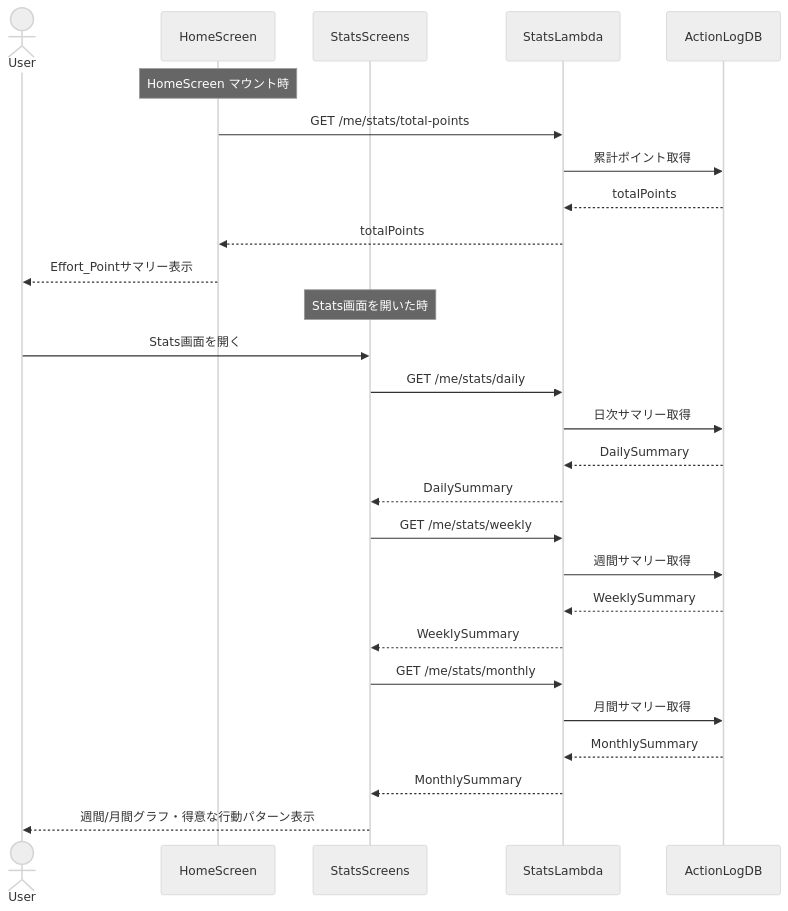
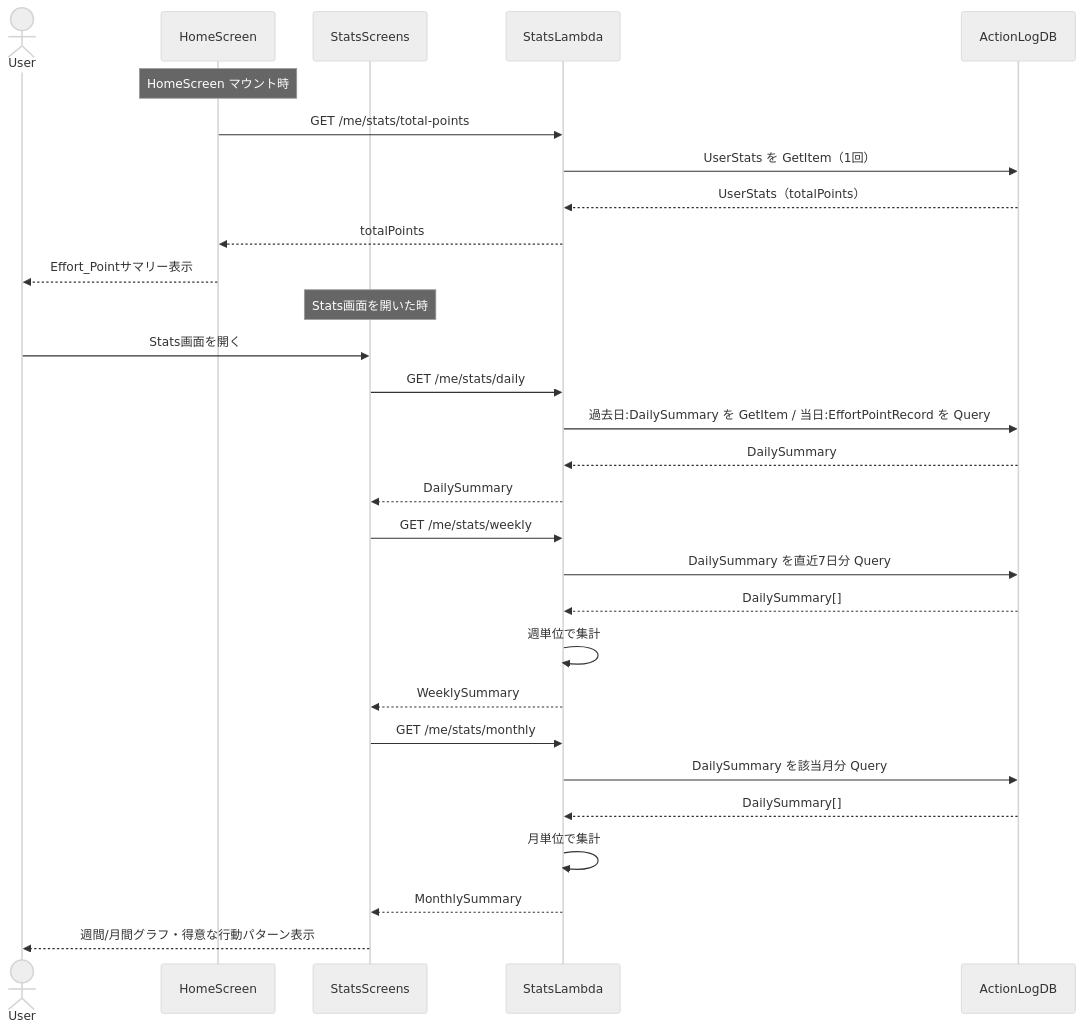
One commit to aws-dlc-hackathon-team-a/team-a changed the seventh of 11 diagrams in aidlc-docs/inception/application-design/component-dependency.md. Above: the diagram before and after it, drawn with Mermaid (neutral theme). The commit also changed other lines of this file and 6 other files, not shown here.

````diff
--- a/aidlc-docs/inception/application-design/component-dependency.md
+++ b/aidlc-docs/inception/application-design/component-dependency.md
@@ -256,34 +277,36 @@
 ```mermaid
 sequenceDiagram
     actor User
     participant HomeScreen
     participant StatsScreens
     participant StatsLambda
     participant ActionLogDB
 
     Note over HomeScreen: HomeScreen マウント時
     HomeScreen->>StatsLambda: GET /me/stats/total-points
-    StatsLambda->>ActionLogDB: 累計ポイント取得
-    ActionLogDB-->>StatsLambda: totalPoints
+    StatsLambda->>ActionLogDB: UserStats を GetItem（1回）
+    ActionLogDB-->>StatsLambda: UserStats（totalPoints）
     StatsLambda-->>HomeScreen: totalPoints
     HomeScreen-->>User: Effort_Pointサマリー表示
 
     Note over StatsScreens: Stats画面を開いた時
     User->>StatsScreens: Stats画面を開く
     StatsScreens->>StatsLambda: GET /me/stats/daily
-    StatsLambda->>ActionLogDB: 日次サマリー取得
+    StatsLambda->>ActionLogDB: 過去日:DailySummary を GetItem / 当日:EffortPointRecord を Query
     ActionLogDB-->>StatsLambda: DailySummary
     StatsLambda-->>StatsScreens: DailySummary
 
     StatsScreens->>StatsLambda: GET /me/stats/weekly
-    StatsLambda->>ActionLogDB: 週間サマリー取得
-    ActionLogDB-->>StatsLambda: WeeklySummary
+    StatsLambda->>ActionLogDB: DailySummary を直近7日分 Query
+    ActionLogDB-->>StatsLambda: DailySummary[]
+    StatsLambda->>StatsLambda: 週単位で集計
     StatsLambda-->>StatsScreens: WeeklySummary
 
     StatsScreens->>StatsLambda: GET /me/stats/monthly
-    StatsLambda->>ActionLogDB: 月間サマリー取得
-    ActionLogDB-->>StatsLambda: MonthlySummary
+    StatsLambda->>ActionLogDB: DailySummary を該当月分 Query
+    ActionLogDB-->>StatsLambda: DailySummary[]
+    StatsLambda->>StatsLambda: 月単位で集計
     StatsLambda-->>StatsScreens: MonthlySummary
 
     StatsScreens-->>User: 週間/月間グラフ・得意な行動パターン表示
 ```
````
